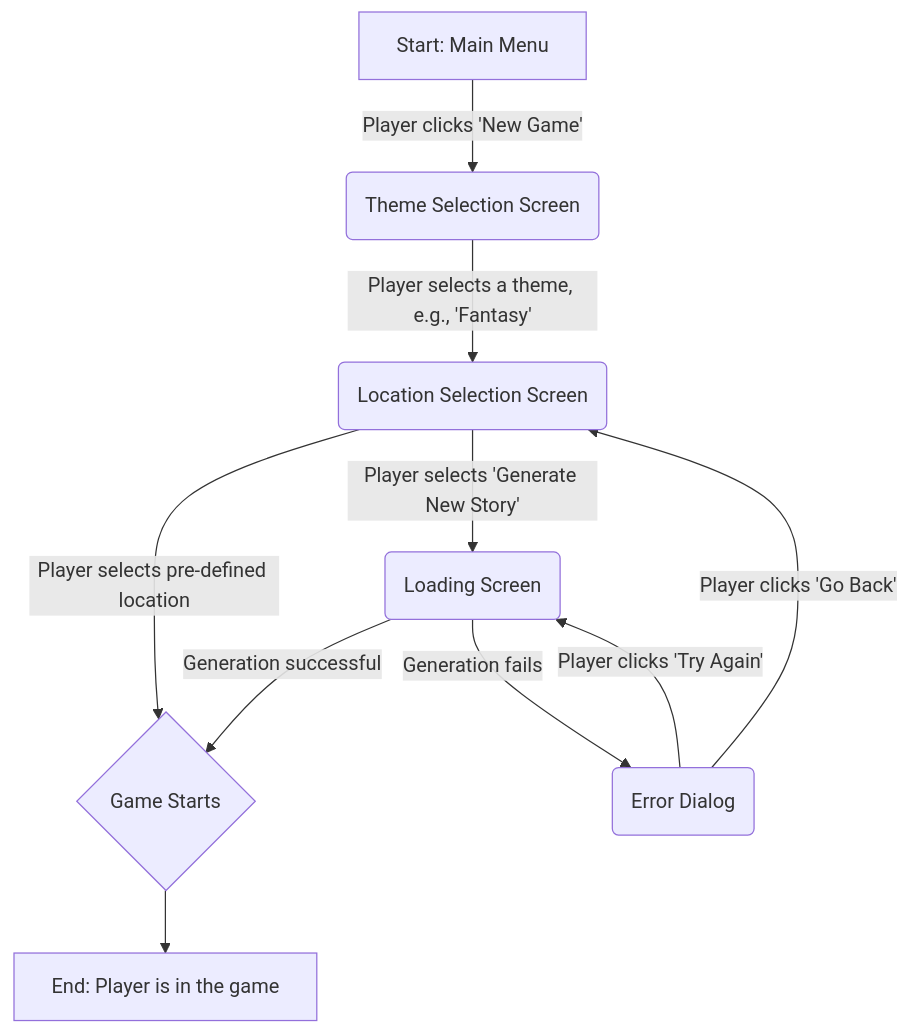
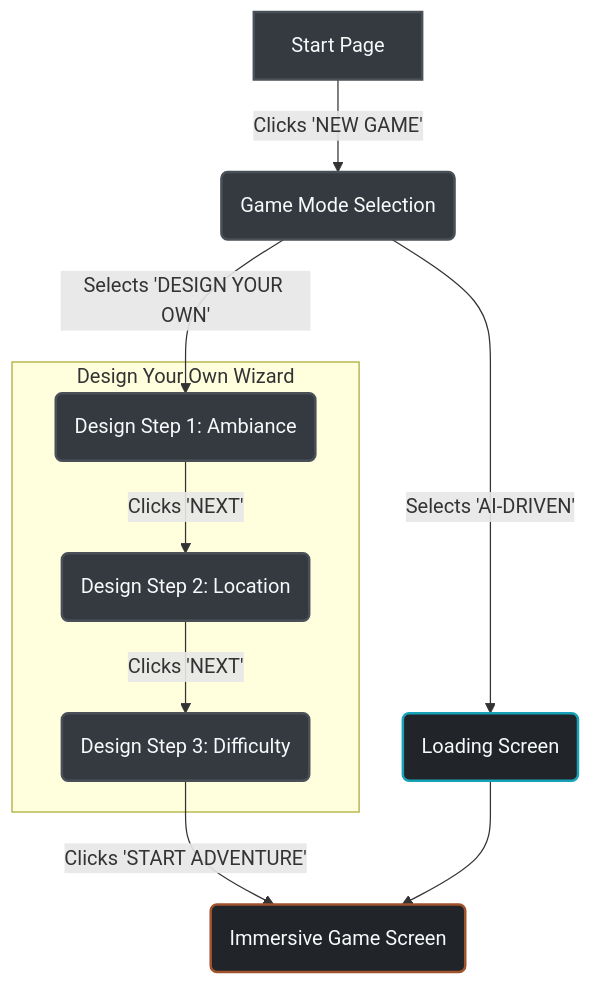
The diagram in docs/ux-design-specification.md (IBE160/SG-M-E-Ds), drawn with Mermaid before and after one commit. The commit also changed other lines of this file and 4 other files, not shown here.

````diff
--- a/docs/ux-design-specification.md
+++ b/docs/ux-design-specification.md
@@ -244,12 +92,24 @@
 ```mermaid
 graph TD
-    A[Start: Main Menu] -->|Player clicks 'New Game'| B(Theme Selection Screen);
-    B -->|Player selects a theme, e.g., 'Fantasy'| C(Location Selection Screen);
-    C -->|Player selects pre-defined location| E{Game Starts};
-    C -->|Player selects 'Generate New Story'| D(Loading Screen);
-    D -->|Generation successful| E;
-    D -->|Generation fails| F(Error Dialog);
-    F -->|Player clicks 'Try Again'| D;
-    F -->|Player clicks 'Go Back'| C;
-    E --> G[End: Player is in the game];
+    A[Start Page] -->|Clicks 'NEW GAME'| B(Game Mode Selection);
+    B -->|Selects 'DESIGN YOUR OWN'| C(Design Step 1: Ambiance);
+    B -->|Selects 'AI-DRIVEN'| G(Loading Screen);
+    C -->|Clicks 'NEXT'| D(Design Step 2: Location);
+    D -->|Clicks 'NEXT'| E(Design Step 3: Difficulty);
+    E -->|Clicks 'START ADVENTURE'| F(Immersive Game Screen);
+    G --> F;
+
+    subgraph "Design Your Own Wizard"
+        C
+        D
+        E
+    end
+
+    style A fill:#343A40,stroke:#495057,stroke-width:2px,color:#F8F9FA
+    style B fill:#343A40,stroke:#495057,stroke-width:2px,color:#F8F9FA
+    style C fill:#343A40,stroke:#495057,stroke-width:2px,color:#F8F9FA
+    style D fill:#343A40,stroke:#495057,stroke-width:2px,color:#F8F9FA
+    style E fill:#343A40,stroke:#495057,stroke-width:2px,color:#F8F9FA
+    style F fill:#212529,stroke:#A0522D,stroke-width:2px,color:#F8F9FA
+    style G fill:#212529,stroke:#17A2B8,stroke-width:2px,color:#F8F9FA
 ```
````
